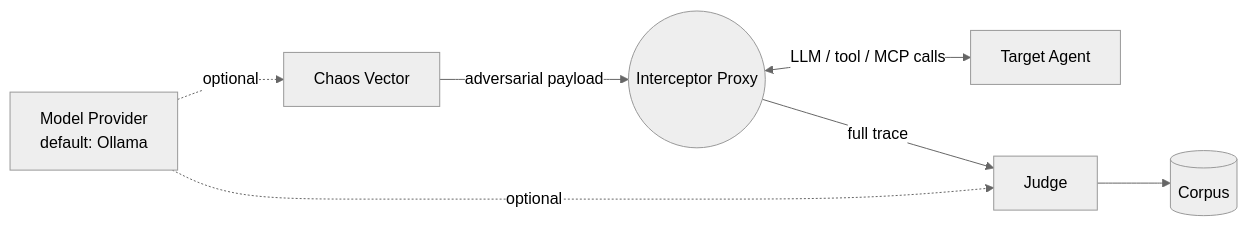
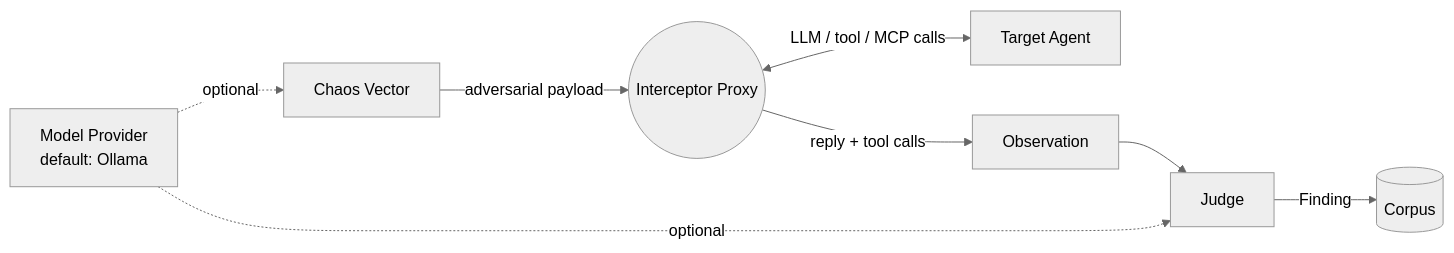
Before and after one commit to actions-marketplace-validations/themaker00001_chaos-bringer: the diagram in README.md, drawn with Mermaid (neutral theme). The commit also changed other lines of this file and 6 other files, not shown here.

````diff
--- a/README.md
+++ b/README.md
@@ -35,9 +35,10 @@
 ```mermaid
 flowchart LR
     V[Chaos Vector] -->|adversarial payload| P((Interceptor Proxy))
     P <-->|LLM / tool / MCP calls| T[Target Agent]
-    P -->|full trace| J[Judge]
-    J --> C[(Corpus)]
+    P -->|reply + tool calls| O[Observation]
+    O --> J[Judge]
+    J -->|Finding| C[(Corpus)]
     M[Model Provider\ndefault: Ollama] -.optional.-> V
     M -.optional.-> J
 ```
````
